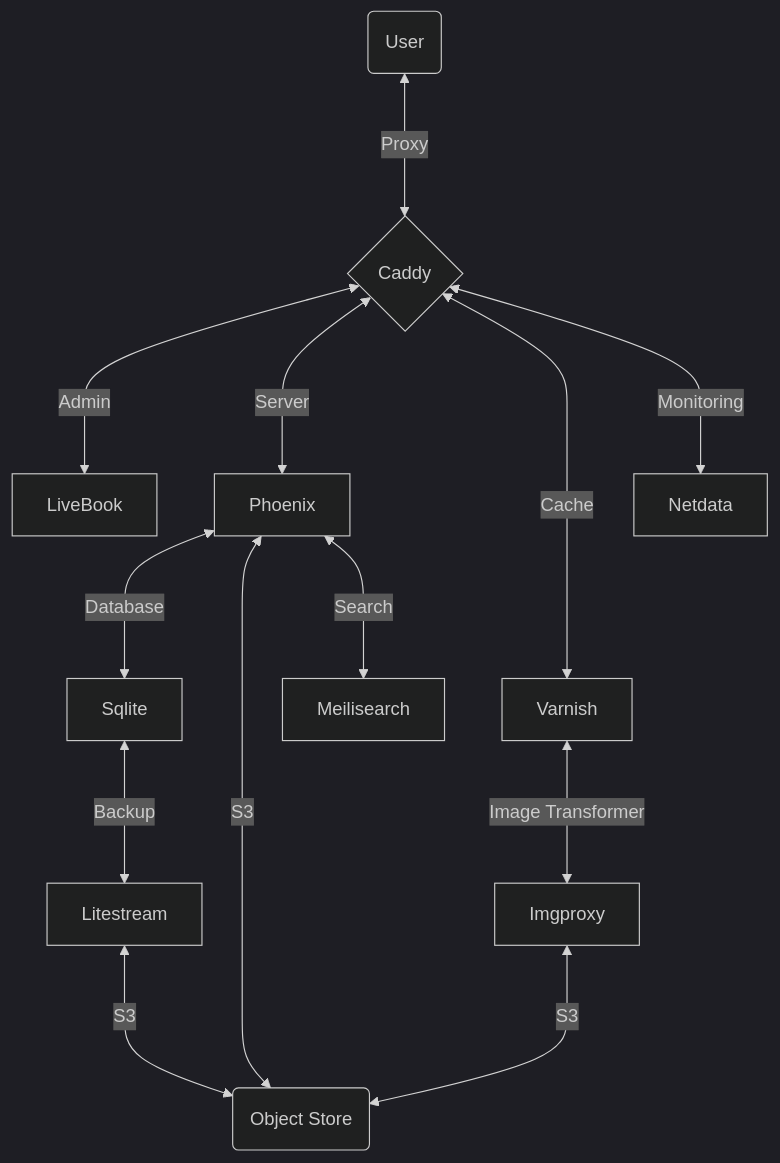
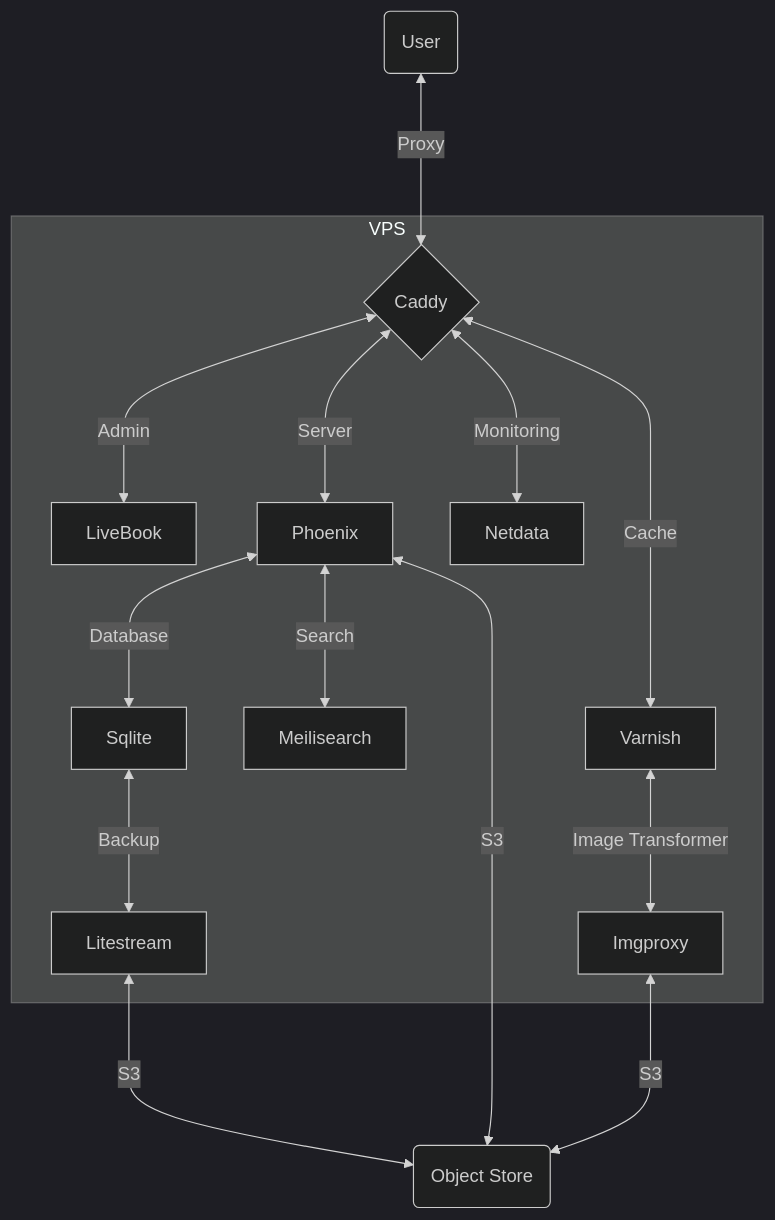
One commit to derpycoder/derpy_tools changed the diagram in README.md. Above: the diagram before and after it, drawn with Mermaid (dark theme). The commit also changed 1 other file, not shown here.

Commit message:
Updated Architecture.

````diff
--- a/README.md
+++ b/README.md
@@ -36,22 +36,20 @@
 ```mermaid
 graph TD
 
-C{Caddy} <---> |Admin| LiveBook
+U(User) <---> |Proxy| C{Caddy}
 
-U(User) <---> |Proxy| C{Caddy}
-C{Caddy} <---> |Server| Phoenix
+subgraph VPS
+  C{Caddy} <---> |Admin| LiveBook
+  C{Caddy} <---> |Server| Phoenix
+  Phoenix <---> |Database| Sqlite
+  Sqlite <---> |Backup| Litestream
+  Phoenix <---> |Search| Meilisearch
+  C{Caddy} <---> |Monitoring| Netdata
+  C{Caddy} <---> |Cache| Varnish
+  Varnish <---> |Image Transformer| Imgproxy
+end
 
-Phoenix <---> |Database| Sqlite
 Phoenix <---> |S3| S3(Object Store)
-
-Phoenix <---> |Search| Meilisearch
-
-C{Caddy} <---> |Cache| Varnish
-Varnish <---> |Image Transformer| Imgproxy
 Imgproxy <---> |S3| S3(Object Store)
-
-Sqlite <---> |Backup| Litestream
 Litestream <---> |S3| S3(Object Store)
-
-C{Caddy} <---> |Monitoring| Netdata
 ```
````
